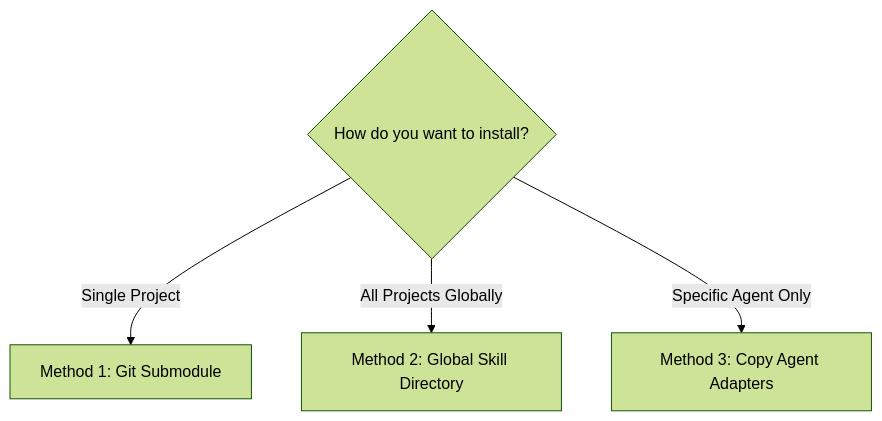
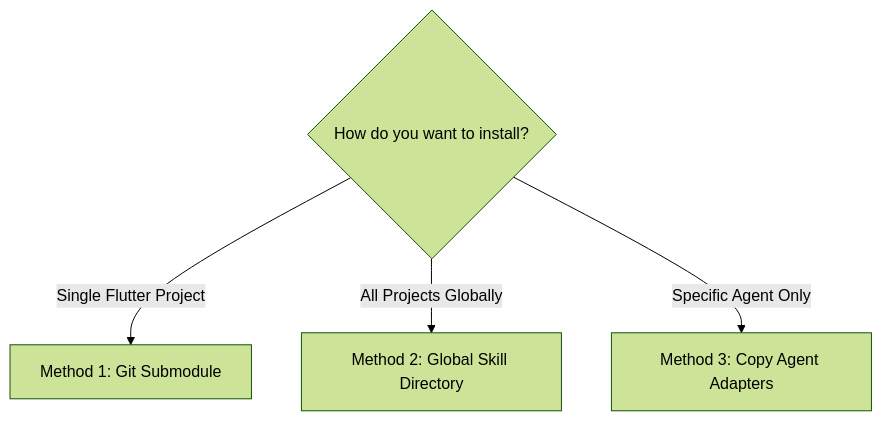
Before and after one commit to juwelzan/human-ui-engineering: the diagram in docs/installation-guide.md, drawn with Mermaid (forest theme). The commit also changed other lines of this file and 106 other files, not shown here.

Commit message:
feat: Add comprehensive performance, platform integration, project audit, refactoring, responsive design, security, state management, testing, typography, UI design, and workflow references for Flutter development

````diff
--- a/docs/installation-guide.md
+++ b/docs/installation-guide.md
@@ -11,6 +11,6 @@
 ```mermaid
 flowchart TD
-    Choice{How do you want to install?} -->|Single Project| Sub[Method 1: Git Submodule]
+    Choice{How do you want to install?} -->|Single Flutter Project| Sub[Method 1: Git Submodule]
     Choice -->|All Projects Globally| Glob[Method 2: Global Skill Directory]
     Choice -->|Specific Agent Only| Adapt[Method 3: Copy Agent Adapters]
 ```
````
